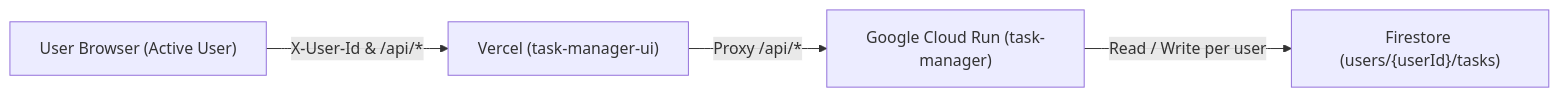
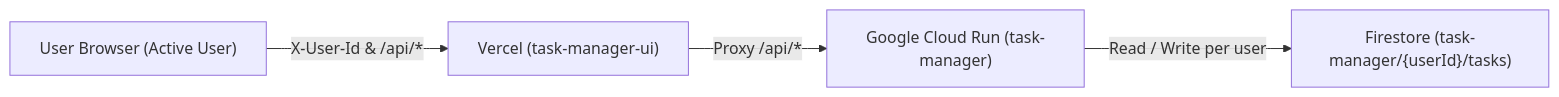
The diagram in SPEC.md (noam2030/task-manager), drawn with Mermaid before and after one commit. The commit also changed other lines of this file and 2 other files, not shown here.

Commit message:
feat: use task-manager as root Firestore collection

````diff
--- a/SPEC.md
+++ b/SPEC.md
@@ -79,6 +79,6 @@
 ```mermaid
 flowchart LR
     Browser["User Browser (Active User)"] -->|"X-User-Id & /api/*"| Vercel["Vercel (task-manager-ui)"]
     Vercel -->|"Proxy /api/*"| CloudRun["Google Cloud Run (task-manager)"]
-    CloudRun -->|"Read / Write per user"| Firestore["Firestore (users/{userId}/tasks)"]
+    CloudRun -->|"Read / Write per user"| Firestore["Firestore (task-manager/{userId}/tasks)"]
 ```
````
